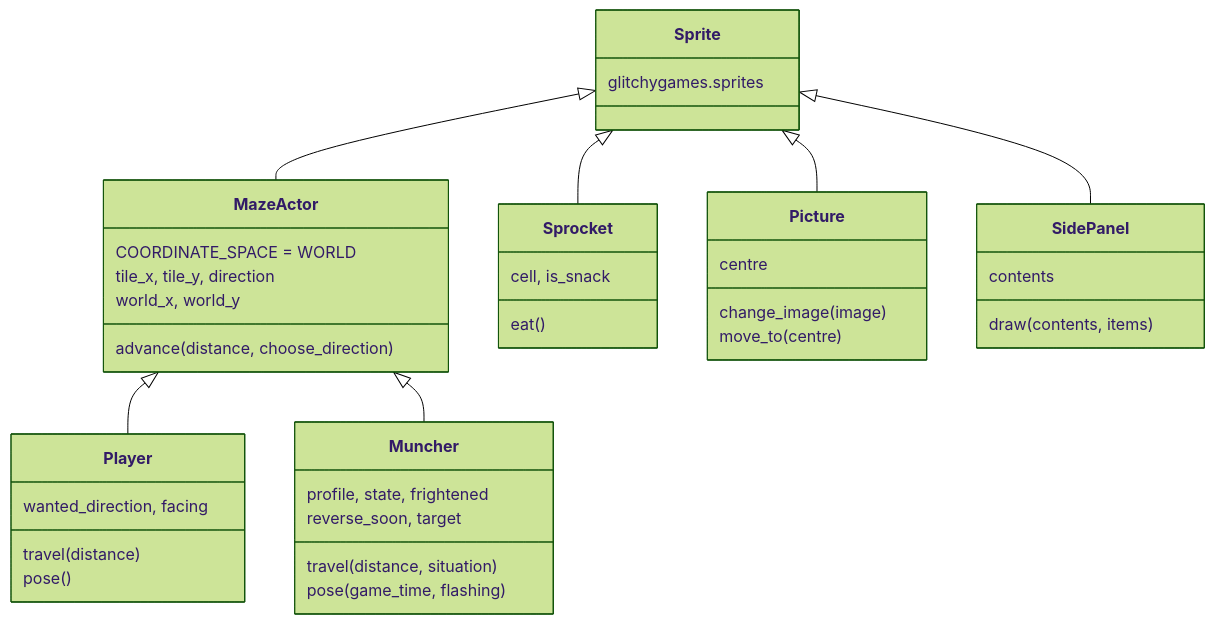
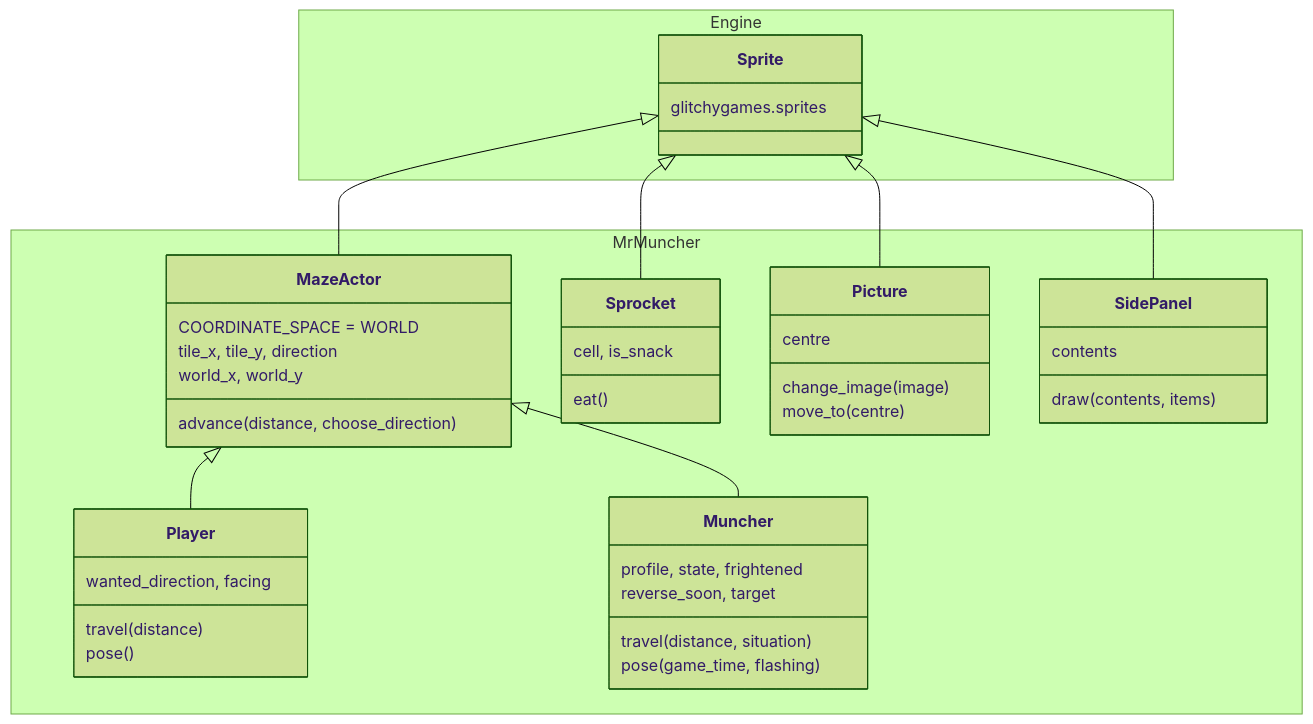
The sixth of 7 diagrams in docs/games/mr_muncher.md (terrysimons/glitchygames), drawn with Mermaid (forest theme) before and after one commit. The commit also changed other lines of this file and 5 other files, not shown here.

First line of the commit message:
Docs: every diagram that mixes engine and game code shows the split

````diff
--- a/docs/games/mr_muncher.md
+++ b/docs/games/mr_muncher.md
@@ -448,43 +530,47 @@
 ```mermaid
 classDiagram
     direction TB
-    class Sprite {
-        glitchygames.sprites
+    namespace Engine {
+        class Sprite {
+            glitchygames.sprites
+        }
     }
-    class MazeActor {
-        COORDINATE_SPACE = WORLD
-        tile_x, tile_y, direction
-        world_x, world_y
-        advance(distance, choose_direction)
-    }
-    class Player {
-        wanted_direction, facing
-        travel(distance)
-        pose()
-    }
-    class Muncher {
-        profile, state, frightened
-        reverse_soon, target
-        travel(distance, situation)
-        pose(game_time, flashing)
-    }
-    class Sprocket {
-        cell, is_snack
-        eat()
-    }
-    class Picture {
-        centre
-        change_image(image)
-        move_to(centre)
-    }
-    class SidePanel {
-        contents
-        draw(contents, items)
+    namespace MrMuncher {
+        class MazeActor {
+            COORDINATE_SPACE = WORLD
+            tile_x, tile_y, direction
+            world_x, world_y
+            advance(distance, choose_direction)
+        }
+        class Player {
+            wanted_direction, facing
+            travel(distance)
+            pose()
+        }
+        class Muncher {
+            profile, state, frightened
+            reverse_soon, target
+            travel(distance, situation)
+            pose(game_time, flashing)
+        }
+        class Sprocket {
+            cell, is_snack
+            eat()
+        }
+        class Picture {
+            centre
+            change_image(image)
+            move_to(centre)
+        }
+        class SidePanel {
+            contents
+            draw(contents, items)
+        }
     }
     Sprite <|-- MazeActor
     MazeActor <|-- Player
     MazeActor <|-- Muncher
     Sprite <|-- Sprocket
     Sprite <|-- Picture
     Sprite <|-- SidePanel
 ```
````
